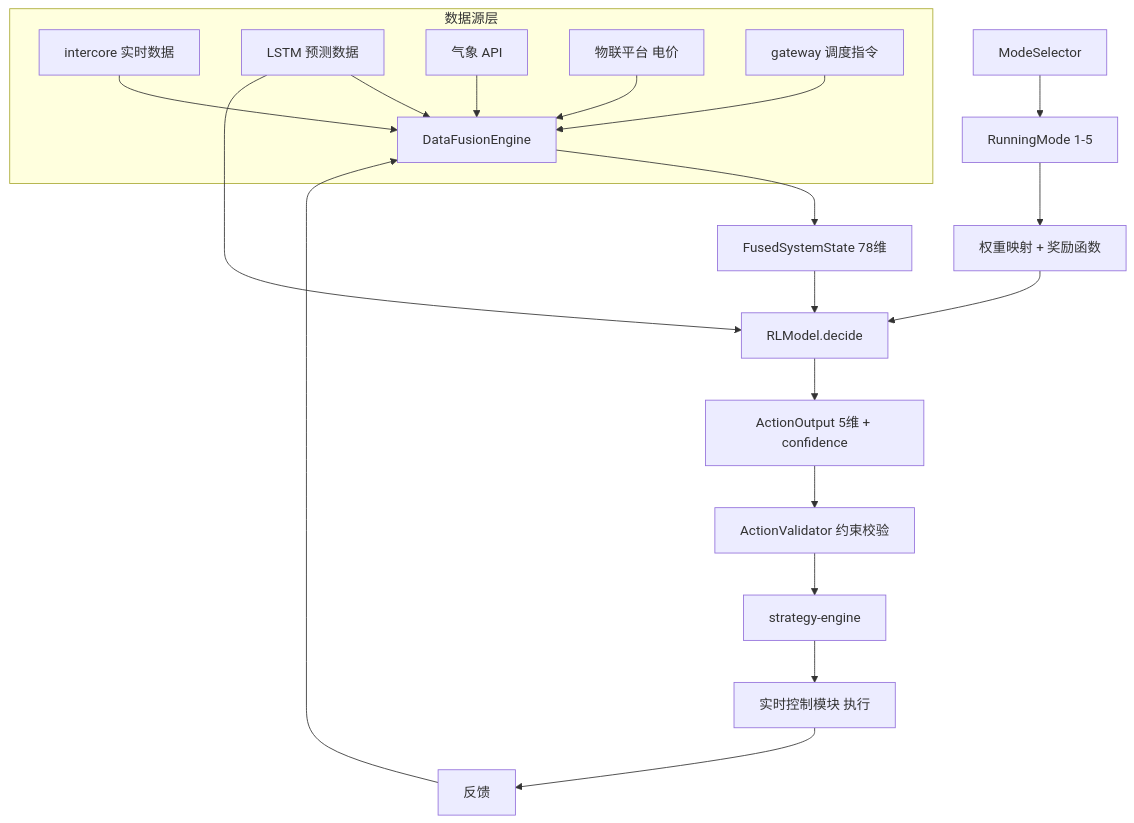
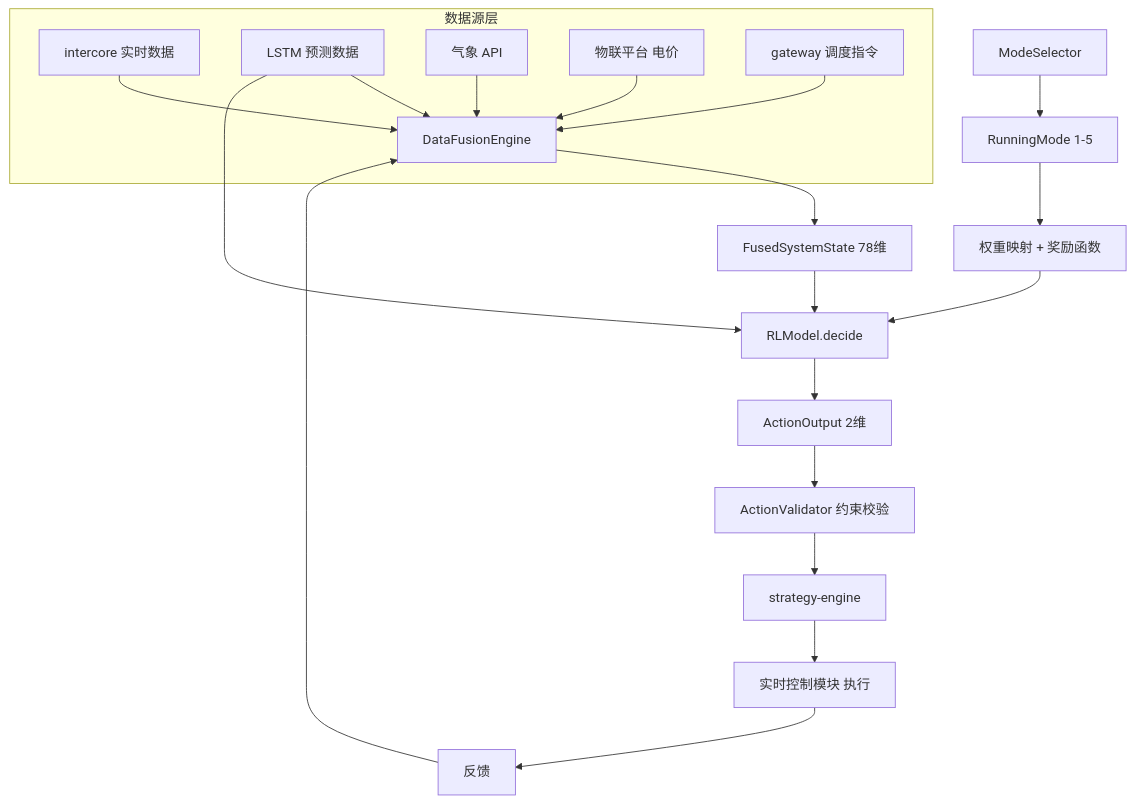
The diagram in docs/MUPC/05-MUPC-AI引擎-PRD.md (leon1205/MUPC-AI), drawn with Mermaid before and after one commit. The commit also changed other lines of this file and 1 other file, not shown here.

````diff
--- a/docs/MUPC/05-MUPC-AI引擎-PRD.md
+++ b/docs/MUPC/05-MUPC-AI引擎-PRD.md
@@ -121,26 +129,26 @@
 ```mermaid
 flowchart TD
     subgraph 数据源层
         A[intercore 实时数据] --> F[DataFusionEngine]
         B[LSTM 预测数据] --> F
         C[气象 API] --> F
         D[物联平台 电价] --> F
         E[gateway 调度指令] --> F
     end
 
     F --> G[FusedSystemState 78维]
     G --> H[RLModel.decide]
     B --> H
     
-    H --> I[ActionOutput 5维 + confidence]
+    H --> I[ActionOutput 2维]
     I --> J[ActionValidator 约束校验]
     J --> K[strategy-engine]
     
     K --> L[实时控制模块 执行]
     L --> M[反馈]
     M --> F
     
     N[ModeSelector] --> O[RunningMode 1-5]
     O --> P[权重映射 + 奖励函数]
     P --> H
 ```
````
